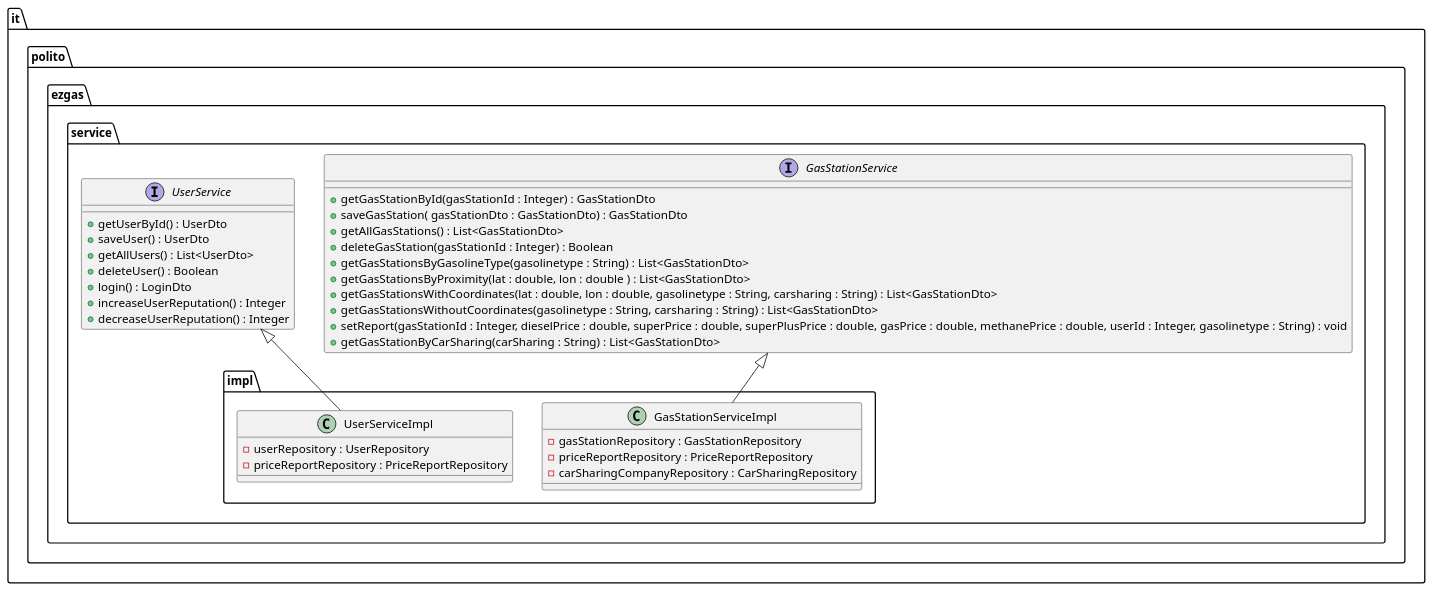
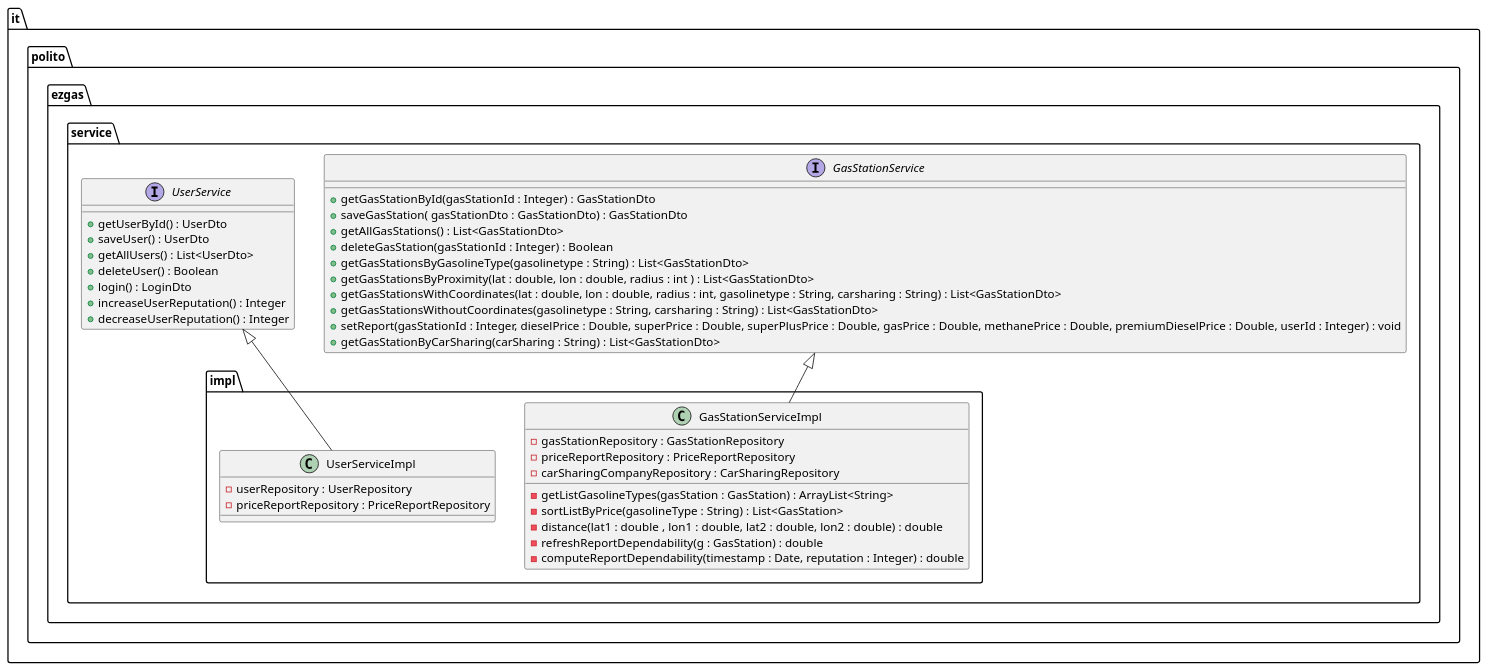
One commit to lucarinelli/ezgas changed the fifth of 13 diagrams in docs/DesignDocument.md. Above: the diagram before and after it, drawn with PlantUML. The commit also changed other lines of this file, not shown here.

````diff
--- a/docs/DesignDocument.md
+++ b/docs/DesignDocument.md
@@ -254,44 +254,49 @@
 ```plantuml
 @startuml
 package "it.polito.ezgas.service" {
         interface GasStationService {
             +getGasStationById(gasStationId : Integer) : GasStationDto
             +saveGasStation( gasStationDto : GasStationDto) : GasStationDto
             +getAllGasStations() : List<GasStationDto>
             +deleteGasStation(gasStationId : Integer) : Boolean
             +getGasStationsByGasolineType(gasolinetype : String) : List<GasStationDto>
-            +getGasStationsByProximity(lat : double, lon : double ) : List<GasStationDto>
-            +getGasStationsWithCoordinates(lat : double, lon : double, gasolinetype : String, carsharing : String) : List<GasStationDto>
+            +getGasStationsByProximity(lat : double, lon : double, radius : int ) : List<GasStationDto>
+            +getGasStationsWithCoordinates(lat : double, lon : double, radius : int, gasolinetype : String, carsharing : String) : List<GasStationDto>
             +getGasStationsWithoutCoordinates(gasolinetype : String, carsharing : String) : List<GasStationDto>
-            +setReport(gasStationId : Integer, dieselPrice : double, superPrice : double, superPlusPrice : double, gasPrice : double, methanePrice : double, userId : Integer, gasolinetype : String) : void
+            +setReport(gasStationId : Integer, dieselPrice : Double, superPrice : Double, superPlusPrice : Double, gasPrice : Double, methanePrice : Double, premiumDieselPrice : Double, userId : Integer) : void
             +getGasStationByCarSharing(carSharing : String) : List<GasStationDto>
         }
         
         interface UserService {
             +getUserById() : UserDto
             +saveUser() : UserDto
             +getAllUsers() : List<UserDto>
             +deleteUser() : Boolean
             +login() : LoginDto
             +increaseUserReputation() : Integer
             +decreaseUserReputation() : Integer
         }
         
         package "impl"{
         class GasStationServiceImpl{
             -gasStationRepository : GasStationRepository
             -priceReportRepository : PriceReportRepository
             -carSharingCompanyRepository : CarSharingRepository
+            -getListGasolineTypes(gasStation : GasStation) : ArrayList<String>
+            -sortListByPrice(gasolineType : String) : List<GasStation>
+            -distance(lat1 : double , lon1 :  double, lat2 : double, lon2 : double) : double
+            -refreshReportDependability(g : GasStation) : double
+            -computeReportDependability(timestamp : Date, reputation : Integer) : double
         }
         
         class UserServiceImpl{
             -userRepository : UserRepository
             -priceReportRepository : PriceReportRepository
         }
         }
     }
 
 UserService <|-- UserServiceImpl
 GasStationService <|-- GasStationServiceImpl
 @enduml
 ```
````
